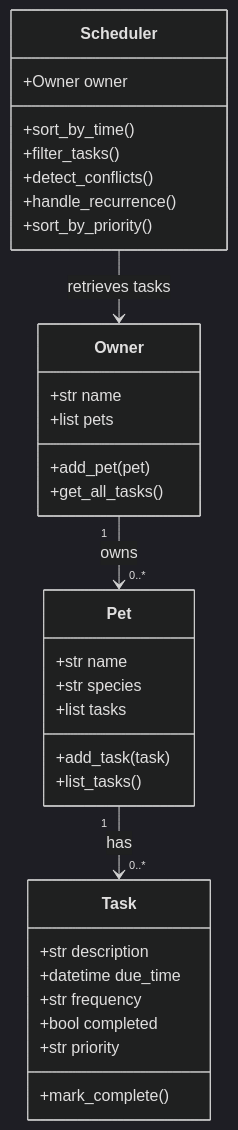
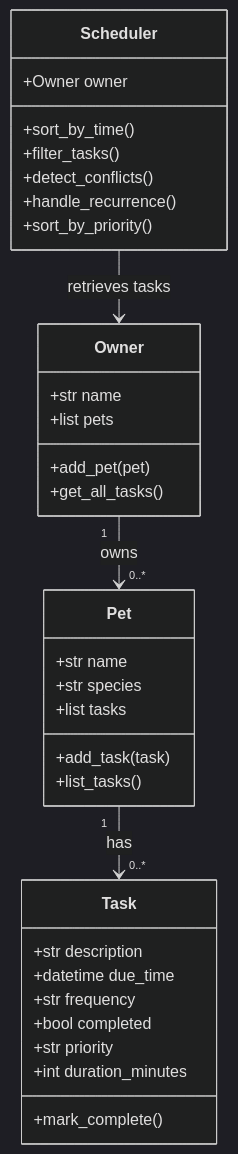
The diagram in diagrams/uml_final.mmd (bhanujain2008-hub/ai110-module2show-pawpal-starter), drawn with Mermaid (dark theme) before and after one commit. The commit also changed 7 other files, not shown here.

```diff
--- a/diagrams/uml_final.mmd
+++ b/diagrams/uml_final.mmd
@@ -1,38 +1,39 @@
 
 classDiagram
     class Owner {
         +str name
         +list pets
         +add_pet(pet)
         +get_all_tasks()
     }
 
     class Pet {
         +str name
         +str species
         +list tasks
         +add_task(task)
         +list_tasks()
     }
 
     class Task {
         +str description
         +datetime due_time
         +str frequency
         +bool completed
         +str priority
+        +int duration_minutes
         +mark_complete()
     }
 
     class Scheduler {
         +Owner owner
         +sort_by_time()
         +filter_tasks()
         +detect_conflicts()
         +handle_recurrence()
         +sort_by_priority()
     }
 
     Owner "1" --> "0..*" Pet : owns
     Pet "1" --> "0..*" Task : has
     Scheduler --> Owner : retrieves tasks
```
